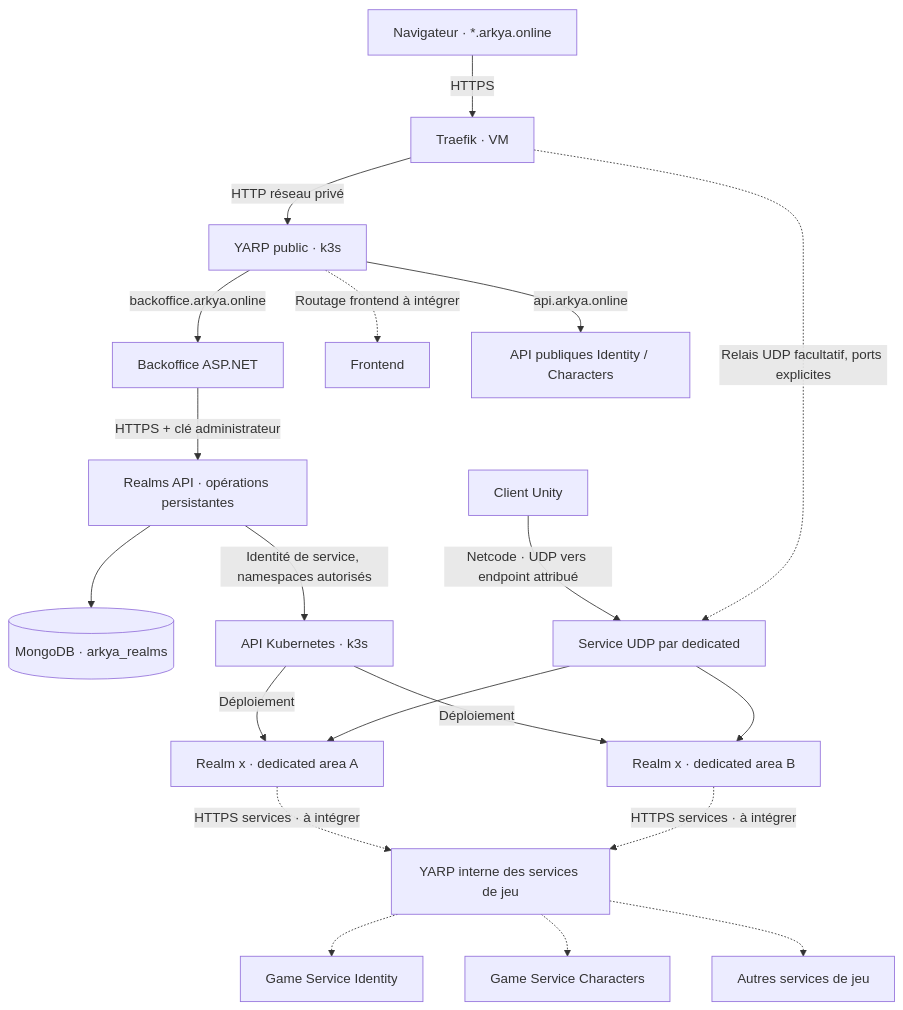
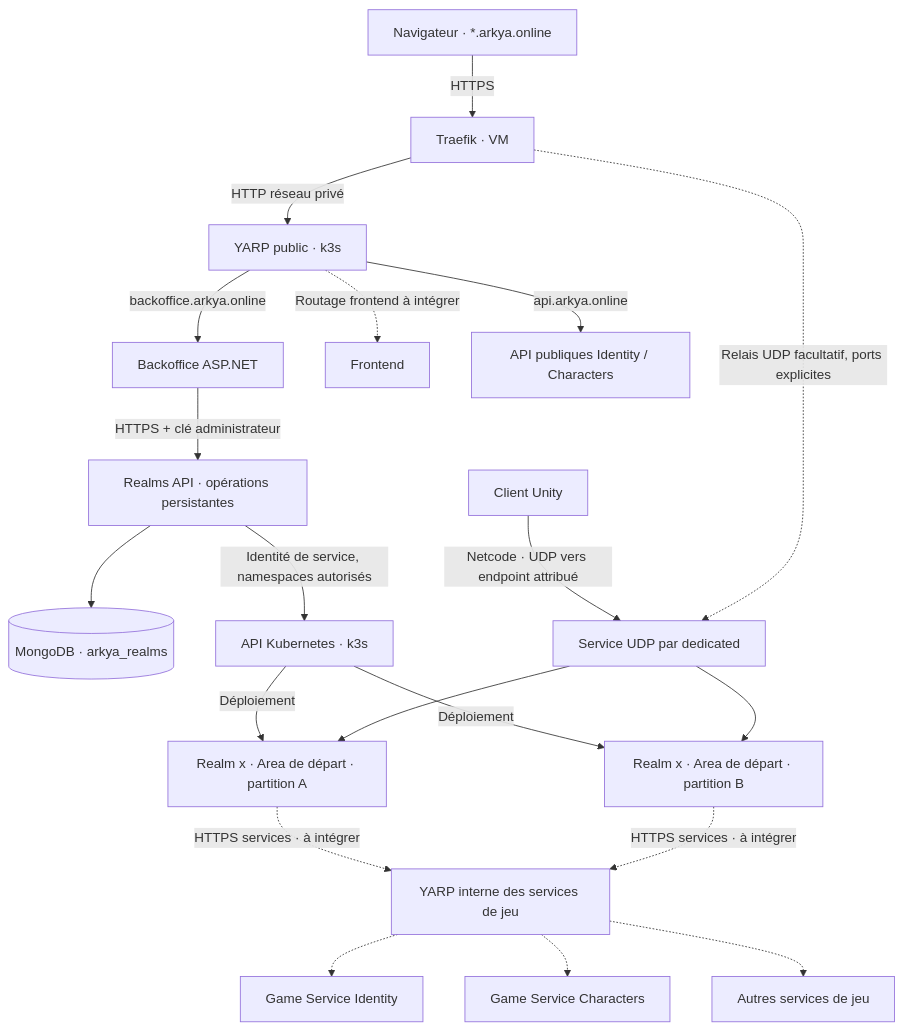
Before and after one commit to Hantse/arkya-services: the diagram in docs/REALM_DEPLOYMENT.md, drawn with Mermaid. The commit also changed other lines of this file and 21 other files, not shown here.

Commit message:
Clarify realm Areas and dedicated partitions

````diff
--- a/docs/REALM_DEPLOYMENT.md
+++ b/docs/REALM_DEPLOYMENT.md
@@ -14,22 +14,22 @@
 ```mermaid
 flowchart TB
     Browser["Navigateur · *.arkya.online"] -->|HTTPS| Edge["Traefik · VM"]
     Edge -->|HTTP réseau privé| Public["YARP public · k3s"]
     Public -->|backoffice.arkya.online| Admin["Backoffice ASP.NET"]
     Public -.->|Routage frontend à intégrer| Frontend["Frontend"]
     Public -->|api.arkya.online| Backend["API publiques Identity / Characters"]
     Admin -->|HTTPS + clé administrateur| Realms["Realms API · opérations persistantes"]
     Realms --> DB[("MongoDB · arkya_realms")]
     Realms -->|Identité de service, namespaces autorisés| K8s["API Kubernetes · k3s"]
-    K8s -->|Déploiement| AreaA["Realm x · dedicated area A"]
-    K8s -->|Déploiement| AreaB["Realm x · dedicated area B"]
+    K8s -->|Déploiement| AreaA["Realm x · Area de départ · partition A"]
+    K8s -->|Déploiement| AreaB["Realm x · Area de départ · partition B"]
     Client["Client Unity"] -->|Netcode · UDP vers endpoint attribué| UDP["Service UDP par dedicated"]
     UDP --> AreaA
     UDP --> AreaB
     Edge -.->|Relais UDP facultatif, ports explicites| UDP
     AreaA -.->|HTTPS services · à intégrer| Internal["YARP interne des services de jeu"]
     AreaB -.->|HTTPS services · à intégrer| Internal
     Internal -.-> Identity["Game Service Identity"]
     Internal -.-> Characters["Game Service Characters"]
     Internal -.-> Others["Autres services de jeu"]
 ```
````
